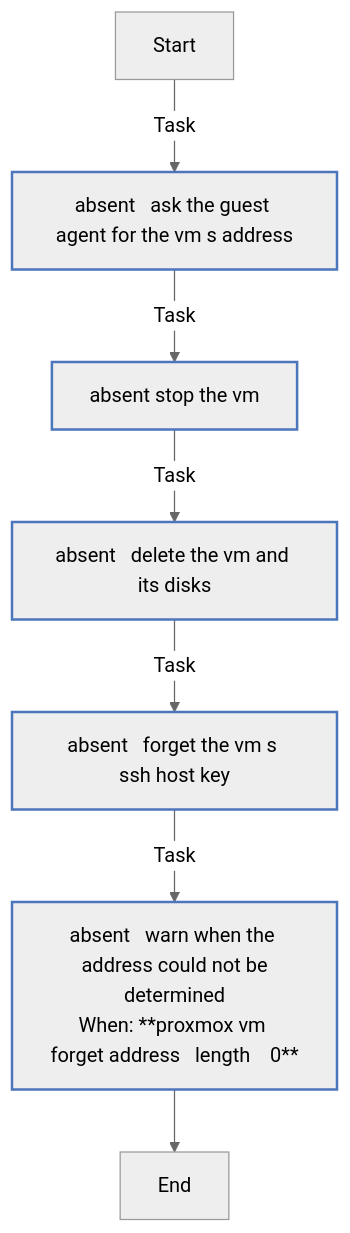
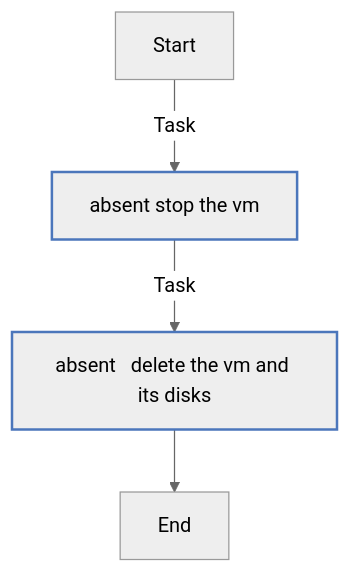
The second of 3 diagrams in docs/reference/roles/proxmox_vm.md (kawadeomkar/agent-warehouse), drawn with Mermaid (neutral theme) before and after one commit. The commit also changed other lines of this file and 58 other files, not shown here.

````diff
--- a/docs/reference/roles/proxmox_vm.md
+++ b/docs/reference/roles/proxmox_vm.md
@@ -172,19 +165,16 @@
 ```mermaid
 flowchart TD
 Start
 classDef block stroke:#3498db,stroke-width:2px;
 classDef task stroke:#4b76bb,stroke-width:2px;
 classDef includeTasks stroke:#16a085,stroke-width:2px;
 classDef importTasks stroke:#34495e,stroke-width:2px;
 classDef includeRole stroke:#2980b9,stroke-width:2px;
 classDef importRole stroke:#699ba7,stroke-width:2px;
 classDef includeVars stroke:#8e44ad,stroke-width:2px;
 classDef rescue stroke:#665352,stroke-width:2px;
 
-  Start-->|Task| absent___Ask_the_guest_agent_for_the_VM_s_address0[absent   ask the guest agent for the vm s address]:::task
-  absent___Ask_the_guest_agent_for_the_VM_s_address0-->|Task| absent___Stop_the_VM1[absent   stop the vm]:::task
-  absent___Stop_the_VM1-->|Task| absent___Delete_the_VM_and_its_disks2[absent   delete the vm and its disks]:::task
-  absent___Delete_the_VM_and_its_disks2-->|Task| absent___Forget_the_VM_s_SSH_host_key3[absent   forget the vm s ssh host key]:::task
-  absent___Forget_the_VM_s_SSH_host_key3-->|Task| absent___Warn_when_the_address_could_not_be_determined4[absent   warn when the address could not be<br>determined<br>When: **proxmox vm forget address   length    0**]:::task
-  absent___Warn_when_the_address_could_not_be_determined4-->End
+  Start-->|Task| absent___Stop_the_VM0[absent   stop the vm]:::task
+  absent___Stop_the_VM0-->|Task| absent___Delete_the_VM_and_its_disks1[absent   delete the vm and its disks]:::task
+  absent___Delete_the_VM_and_its_disks1-->End
 ```
````
